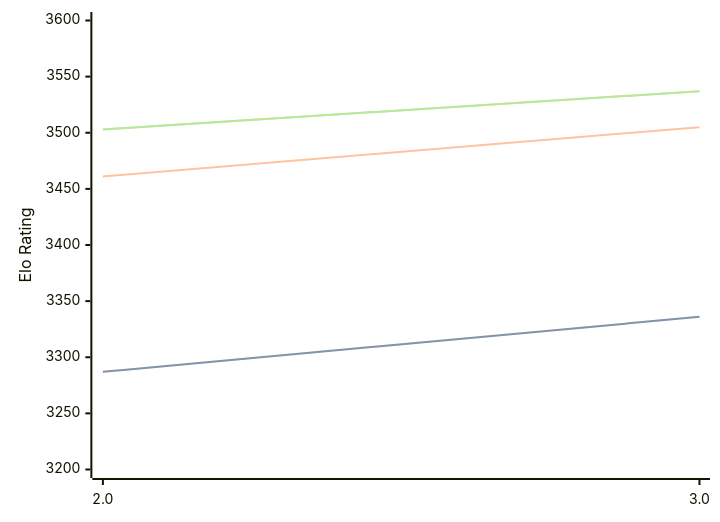
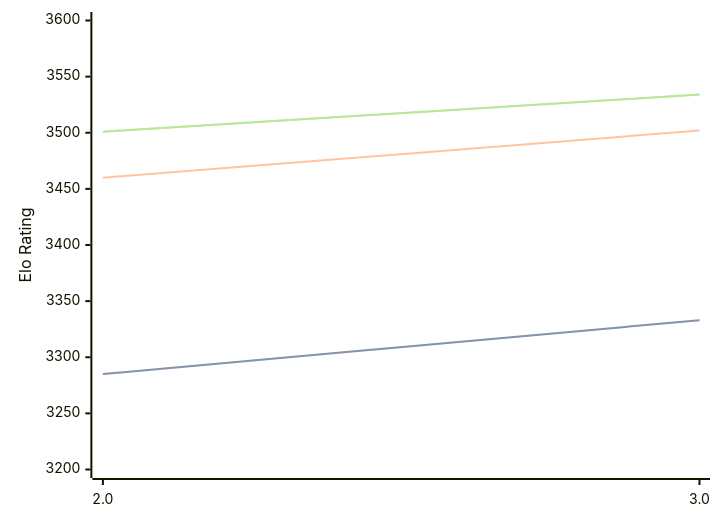
The diagram in engines/Quanticade.md (computer-chess-index/cci), drawn with Mermaid before and after one commit. The commit also changed other lines of this file, not shown here.

Commit message:
Update CCI Ratings (ELO VLTC) - 2026-08-12

````diff
--- a/engines/Quanticade.md
+++ b/engines/Quanticade.md
@@ -32,11 +32,11 @@
 ```mermaid
 %%{init: {"theme":"base","themeVariables":{"seriesColors:['#a3a3a3','#222221','#faa371']}}}%%
 xychart-beta
   x-axis ["2.0", "3.0"]
   y-axis "Elo Rating" 3200 --> 3600
-  line "STC (8.0+0.08s)" [3287, 3336]
-  line "STC (8.0+0.08s)" [3287, 3336]
-  line "LTC (60.0+0.60s)" [3461, 3505]
-  line "VLTC (2m24s+1.12s)" [3503, 3537]
-  line "VLTC (2m24s+1.12s)" [3503, 3537]
+  line "STC (8.0+0.08s)" [3285, 3333]
+  line "STC (8.0+0.08s)" [3285, 3333]
+  line "LTC (60.0+0.60s)" [3460, 3502]
+  line "VLTC (2m24s+1.12s)" [3501, 3534]
+  line "VLTC (2m24s+1.12s)" [3501, 3534]
 ```
````
